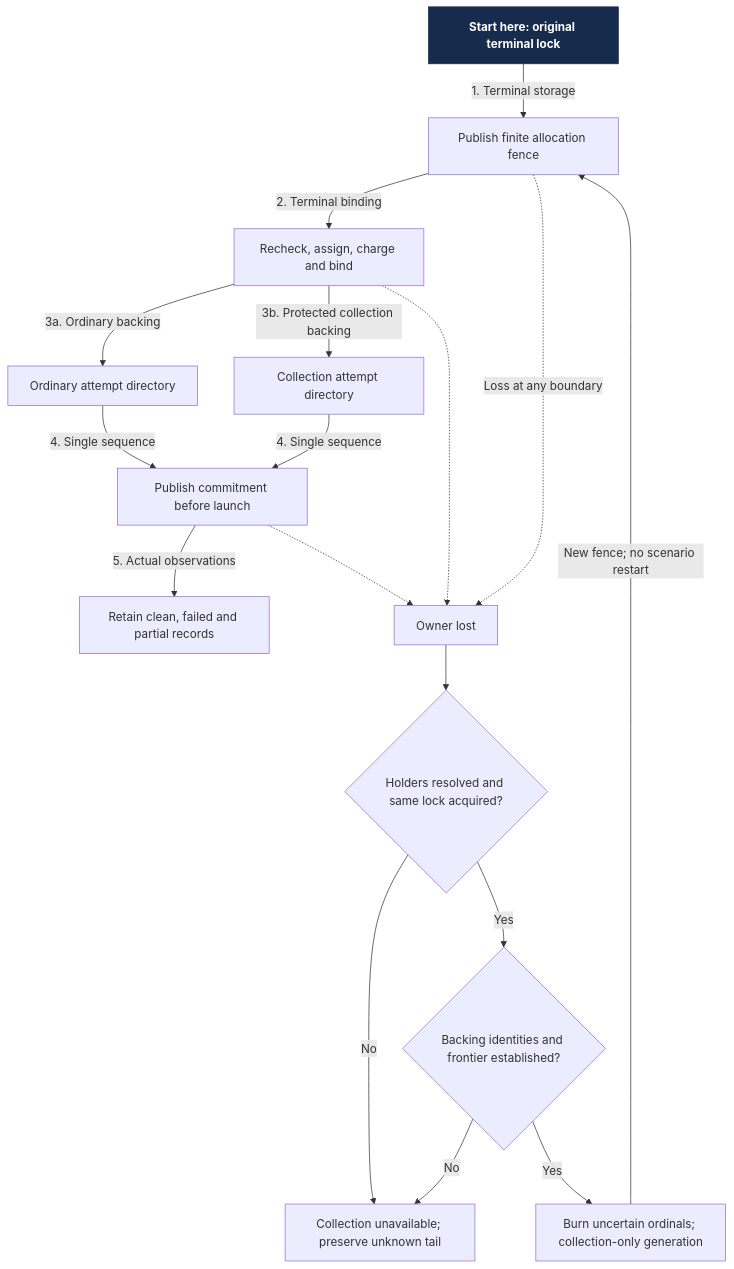
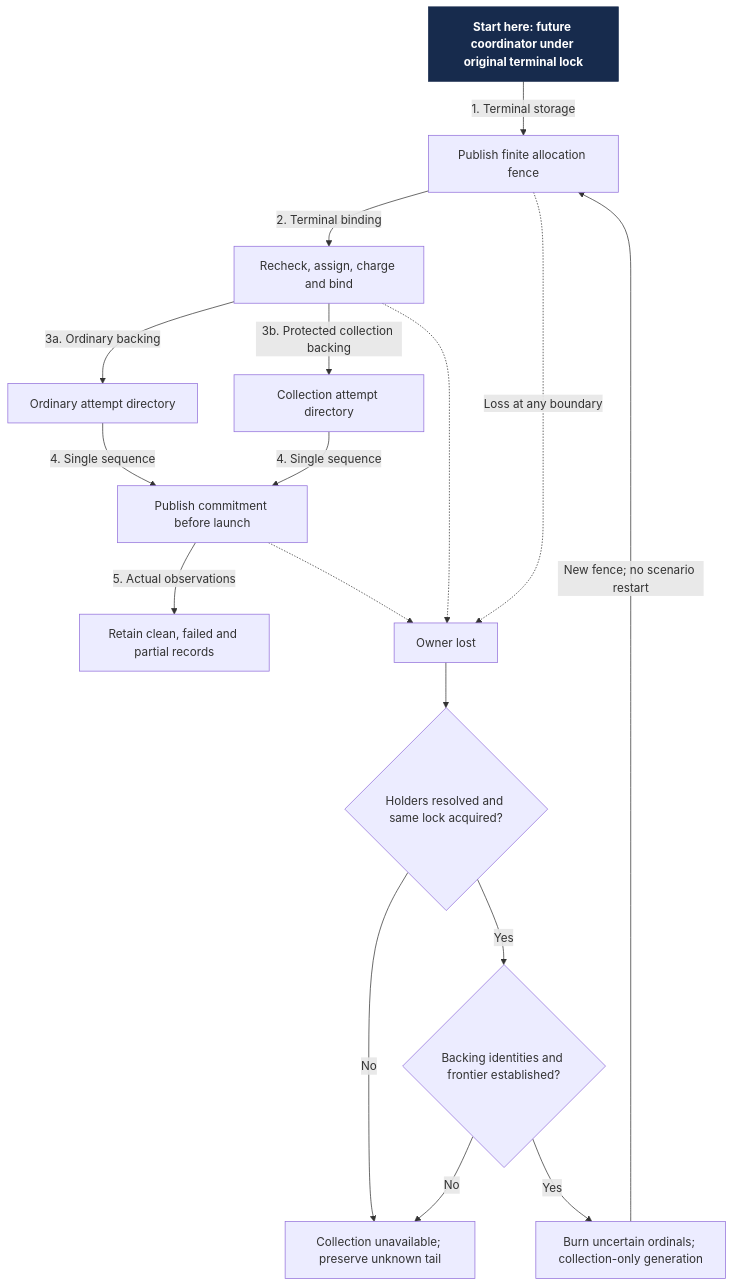
Before and after one commit to Linkuistics/Koine: the diagram in docs/design/architecture/settings-activation/keepalive-storage.mmd, drawn with Mermaid. The commit also changed 22 other files, not shown here.

```diff
--- a/docs/design/architecture/settings-activation/keepalive-storage.mmd
+++ b/docs/design/architecture/settings-activation/keepalive-storage.mmd
@@ -1,30 +1,30 @@
 flowchart TD
-    start["Start here: original terminal lock"]:::start
+    start["Start here: future coordinator under original terminal lock"]:::start
     fence["Publish finite allocation fence"]
     bind["Recheck, assign, charge and bind"]
     ordinary["Ordinary attempt directory"]
     collection["Collection attempt directory"]
     commit["Publish commitment before launch"]
     rows["Retain clean, failed and partial records"]
     loss["Owner lost"]
     holders{"Holders resolved and same lock acquired?"}
     frontier{"Backing identities and frontier established?"}
     burn["Burn uncertain ordinals; collection-only generation"]
     unavailable["Collection unavailable; preserve unknown tail"]
     start -->|1. Terminal storage| fence
     fence -->|2. Terminal binding| bind
     bind -->|3a. Ordinary backing| ordinary
     bind -->|3b. Protected collection backing| collection
     ordinary -->|4. Single sequence| commit
     collection -->|4. Single sequence| commit
     commit -->|5. Actual observations| rows
     fence -.->|Loss at any boundary| loss
     bind -.-> loss
     commit -.-> loss
     loss --> holders
     holders -->|No| unavailable
     holders -->|Yes| frontier
     frontier -->|No| unavailable
     frontier -->|Yes| burn
     burn -->|New fence; no scenario restart| fence
     classDef start fill:#172b4d,stroke:#172b4d,color:#fff,font-weight:bold
```
